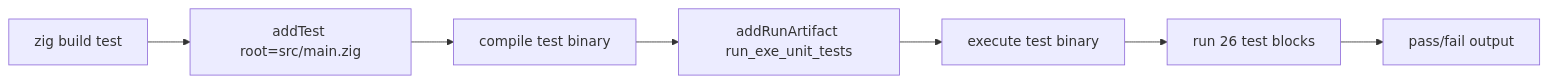
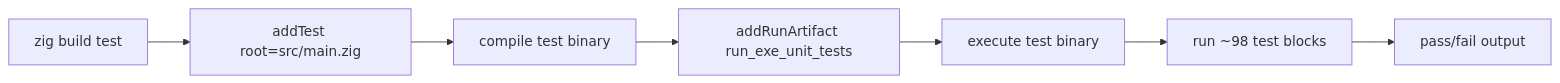
Before and after one commit to bfernandez31/death-note: the third of 5 diagrams in specs/specifications/workflows.md, drawn with Mermaid. The commit also changed other lines of this file and 2 other files, not shown here.

First line of the commit message:
docs(spec-sync): reflect shield kill counting, space-during-boss, WASM memory, test counts

````diff
--- a/specs/specifications/workflows.md
+++ b/specs/specifications/workflows.md
@@ -135,9 +135,9 @@
 ```mermaid
 graph LR
     A[zig build test] --> B[addTest root=src/main.zig]
     B --> C[compile test binary]
     C --> D[addRunArtifact run_exe_unit_tests]
     D --> E[execute test binary]
-    E --> F[run 26 test blocks]
+    E --> F[run ~98 test blocks]
     F --> G[pass/fail output]
 ```
````
